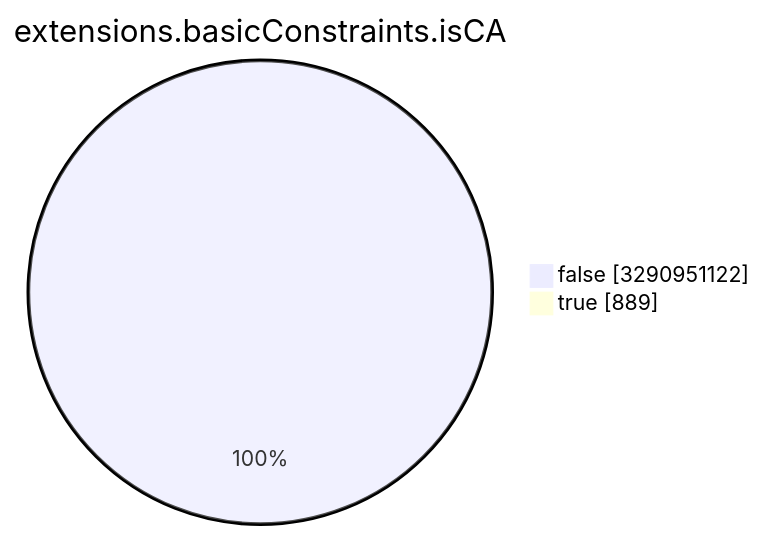
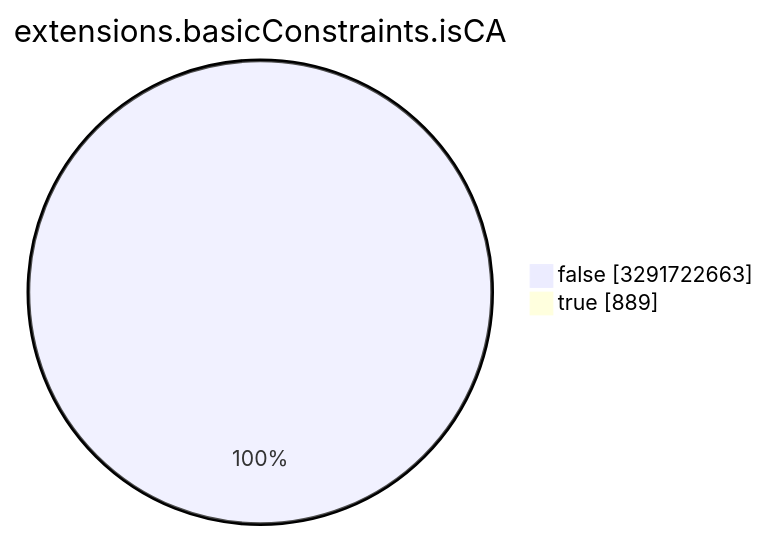
The seventh of 15 diagrams in TOTAL/README.md (christiankrug/ctmonitor_visualization), drawn with Mermaid before and after one commit. The commit also changed other lines of this file, not shown here.

````diff
--- a/TOTAL/README.md
+++ b/TOTAL/README.md
@@ -3089,6 +3089,6 @@
 ```mermaid
 pie showData
 title extensions.basicConstraints.isCA
-"false" :3290951122
+"false" :3291722663
 "true" :889
 ```
````
